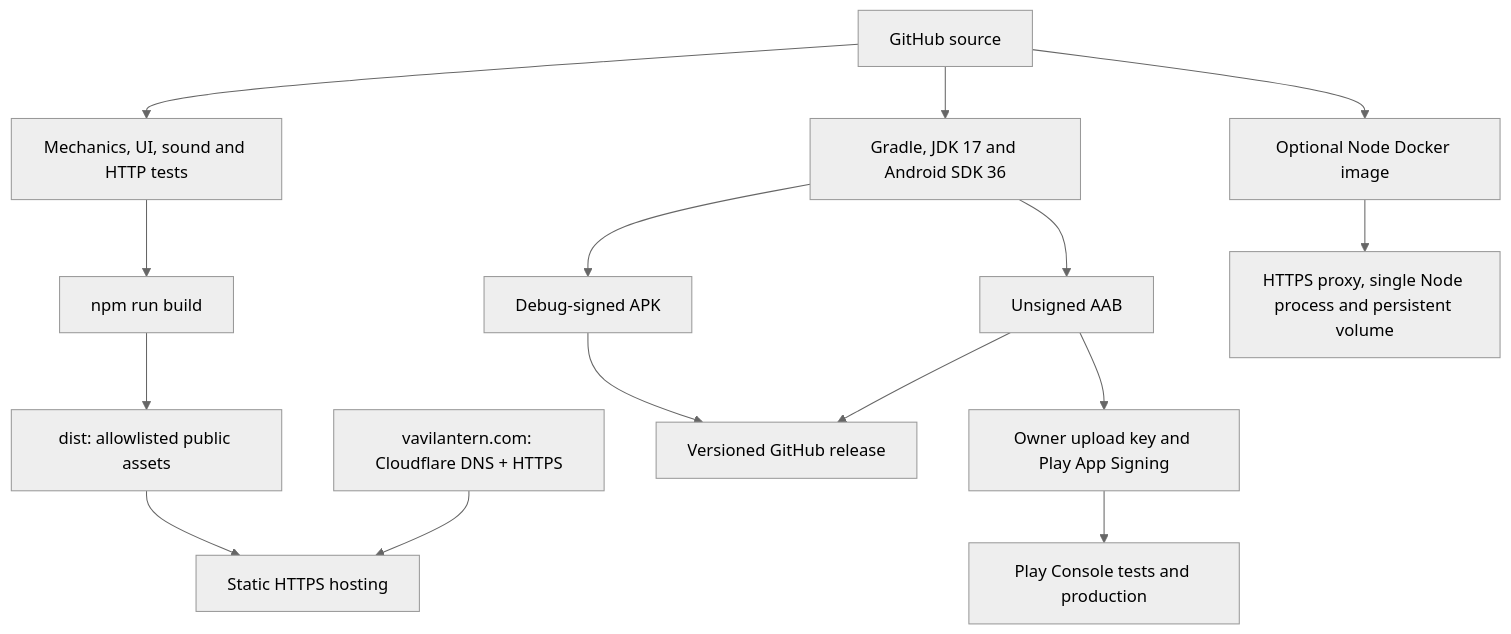
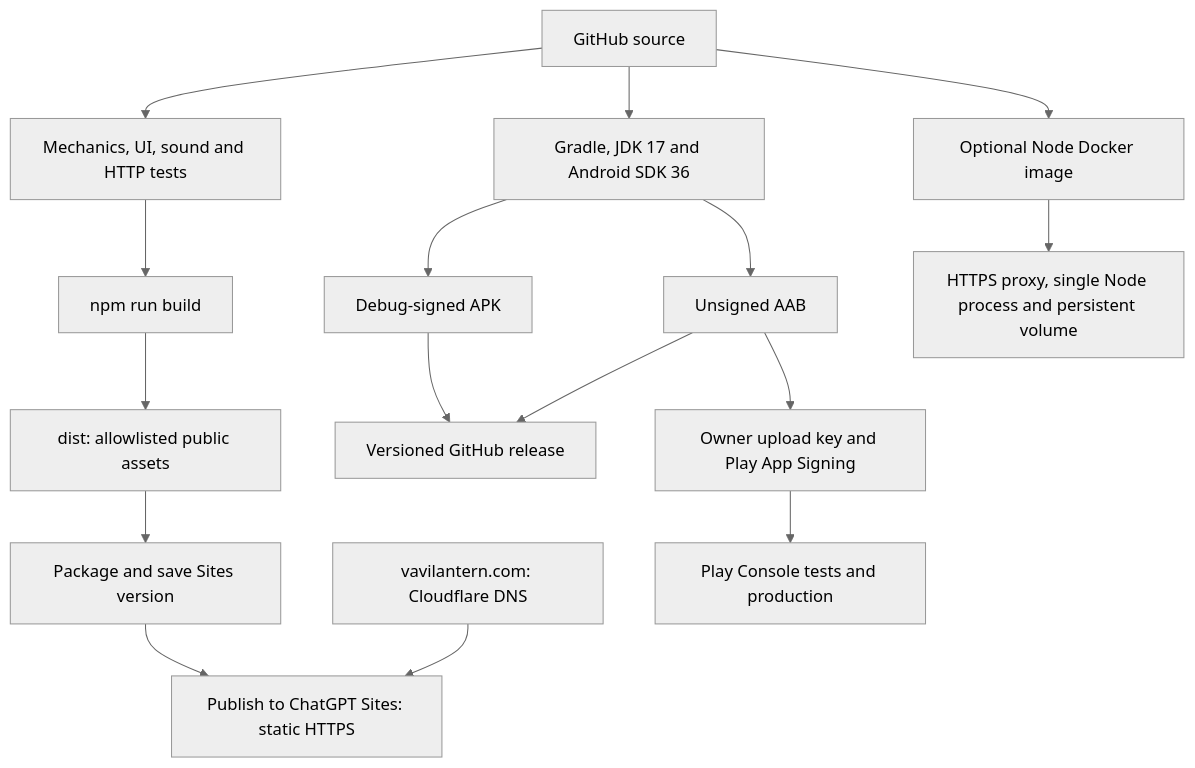
Before and after one commit to VaVi-Tech24/VaViLantern: the diagram in docs/diagrams/build-delivery.mmd, drawn with Mermaid (neutral theme). The commit also changed 7 other files, not shown here.

Commit message:
docs: explain Sites and Cloudflare hosting architecture and full stack

```diff
--- a/docs/diagrams/build-delivery.mmd
+++ b/docs/diagrams/build-delivery.mmd
@@ -1,15 +1,16 @@
 flowchart TB
   Source[GitHub source] --> Tests[Mechanics, UI, sound and HTTP tests]
   Tests --> WebBuild[npm run build]
   WebBuild --> Dist[dist: allowlisted public assets]
-  Dist --> Static[Static HTTPS hosting]
-  DNS[vavilantern.com: Cloudflare DNS + HTTPS] --> Static
+  Dist --> Saved[Package and save Sites version]
+  Saved --> Static[Publish to ChatGPT Sites: static HTTPS]
+  DNS[vavilantern.com: Cloudflare DNS] --> Static
   Source --> Gradle[Gradle, JDK 17 and Android SDK 36]
   Gradle --> APK[Debug-signed APK]
   Gradle --> AAB[Unsigned AAB]
   APK --> Releases[Versioned GitHub release]
   AAB --> Releases
   AAB --> Signing[Owner upload key and Play App Signing]
   Signing --> Play[Play Console tests and production]
   Source --> Docker[Optional Node Docker image]
   Docker --> Runtime[HTTPS proxy, single Node process and persistent volume]
```
